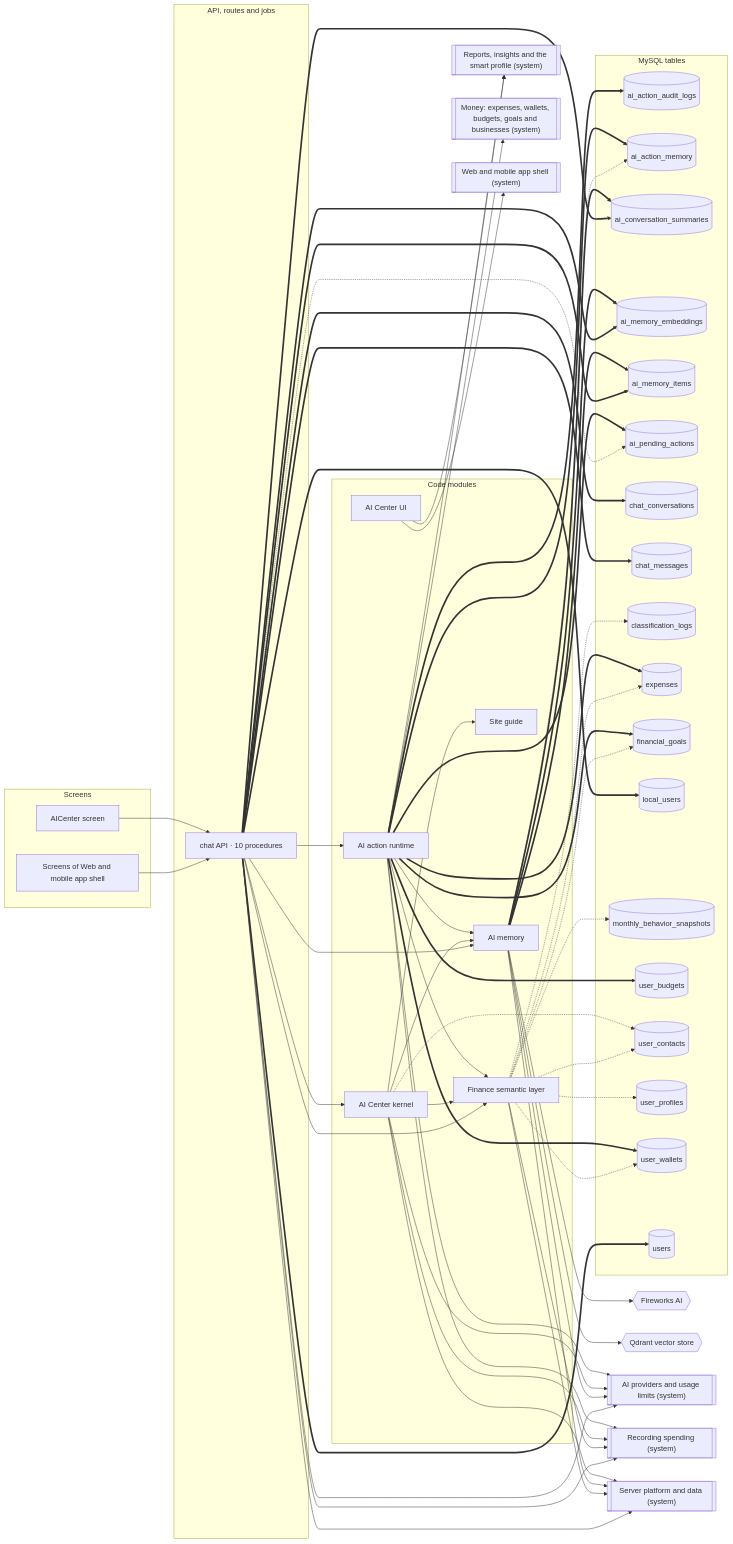
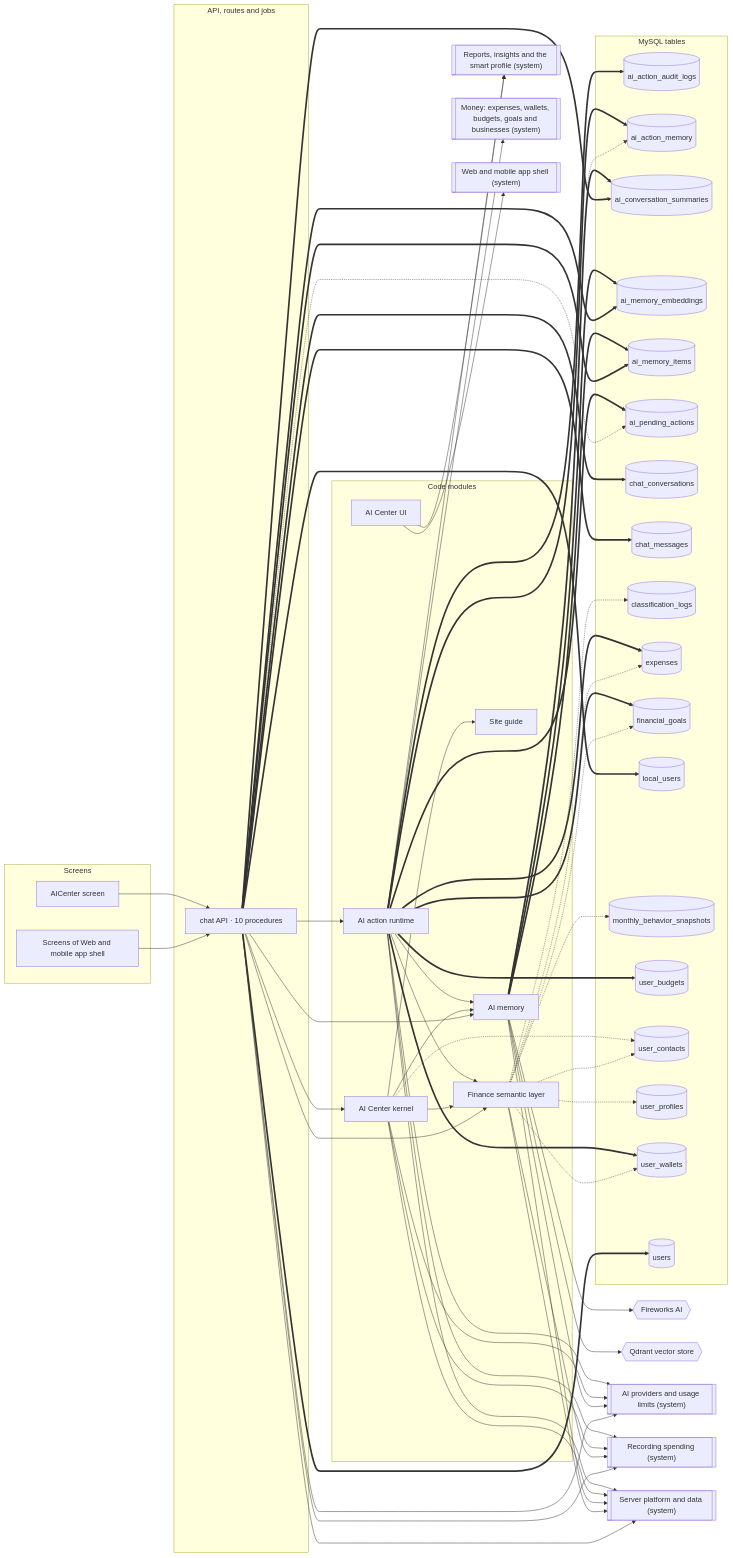
Before and after one commit to mahmoudtaherr111/smartspend_mini_all: the first of 2 diagrams in docs/atlas/systems/ai-center.md, drawn with Mermaid. The commit also changed 55 other files, not shown here.

```diff
--- a/docs/atlas/systems/ai-center.md
+++ b/docs/atlas/systems/ai-center.md
@@ -61,6 +61,7 @@
   mod_ai_actions --> sys_expense_capture
   mod_ai_actions --> sys_insights
   mod_ai_actions --> sys_money
+  mod_ai_actions --> sys_platform
   mod_ai_actions ==> tbl_ai_action_audit_logs
   mod_ai_actions ==> tbl_ai_action_memory
   mod_ai_actions ==> tbl_ai_pending_actions
```
